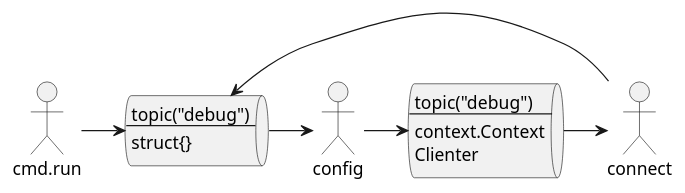
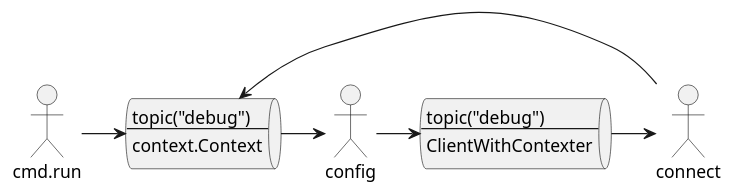
The diagram in application/debug/dataflow.puml (michilu/boilerplate), drawn with PlantUML before and after one commit. The commit also changed 42 other files, not shown here.

```diff
--- a/application/debug/dataflow.puml
+++ b/application/debug/dataflow.puml
@@ -1,23 +1,22 @@
 @startuml
 
-queue debug..struct[
+queue debug..ctx[
 topic("debug")
 --
-struct{}
+context.Context
 ]
 
 queue debug..Clienter[
 topic("debug")
 --
-context.Context
-Clienter
+ClientWithContexter
 ]
 
 actor cmd.run
-cmd.run->debug..struct
-debug..struct->config
+cmd.run->debug..ctx
+debug..ctx->config
 config->debug..Clienter
 debug..Clienter->connect
-connect->debug..struct
+connect->debug..ctx
 
 @enduml
```
